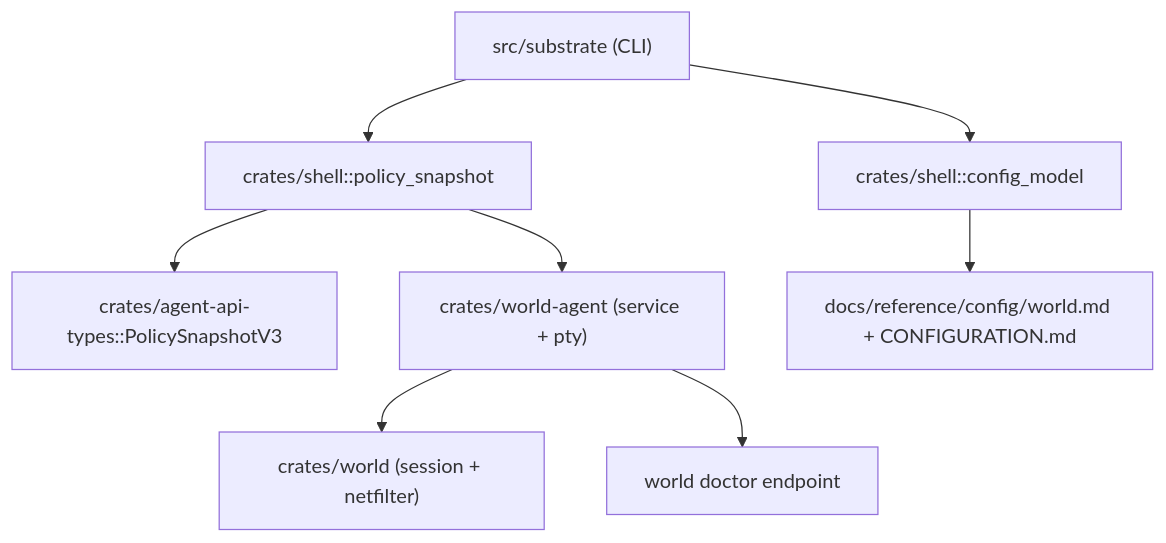
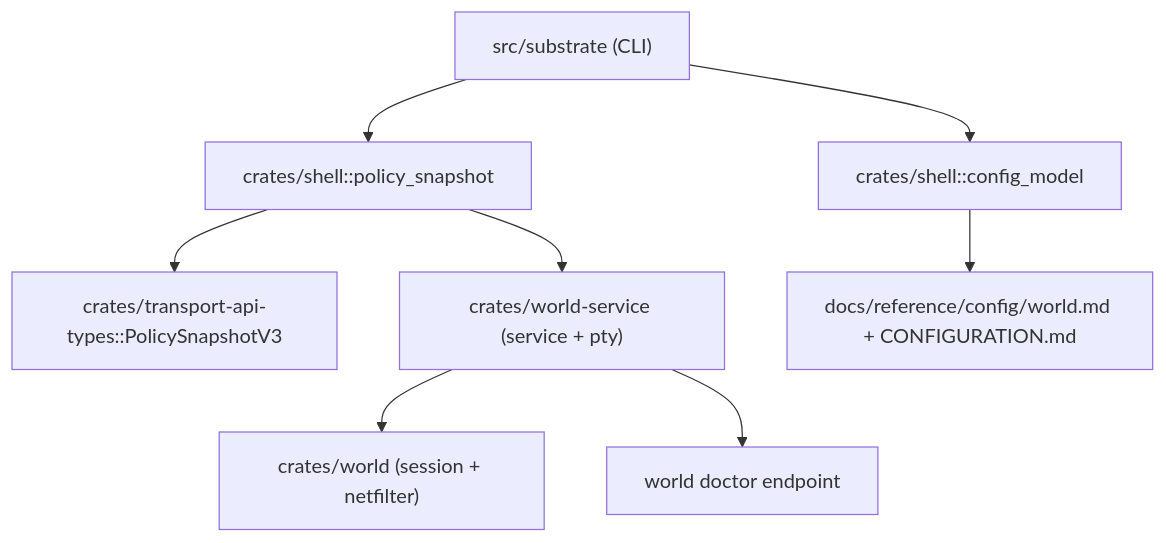
One commit to atomize-hq/substrate changed the third of 3 diagrams in docs/project_management/packs/implemented/opt_in_world_netfilter_enforcement_v1_seams/review_surfaces.md. Above: the diagram before and after it, drawn with Mermaid. The commit also changed other lines of this file and 590 other files, not shown here.

````diff
--- a/docs/project_management/packs/implemented/opt_in_world_netfilter_enforcement_v1_seams/review_surfaces.md
+++ b/docs/project_management/packs/implemented/opt_in_world_netfilter_enforcement_v1_seams/review_surfaces.md
@@ -45,10 +45,10 @@
 ```mermaid
 flowchart TB
   CLI["src/substrate (CLI)"] --> SCFG["crates/shell::config_model"]
   CLI --> SSNAP["crates/shell::policy_snapshot"]
-  SSNAP --> AT["crates/agent-api-types::PolicySnapshotV3"]
-  SSNAP --> WAX["crates/world-agent (service + pty)"]
+  SSNAP --> AT["crates/transport-api-types::PolicySnapshotV3"]
+  SSNAP --> WAX["crates/world-service (service + pty)"]
   WAX --> WLIB["crates/world (session + netfilter)"]
   WAX --> DOCT["world doctor endpoint"]
   SCFG --> DOCS["docs/reference/config/world.md + CONFIGURATION.md"]
 ```
````
